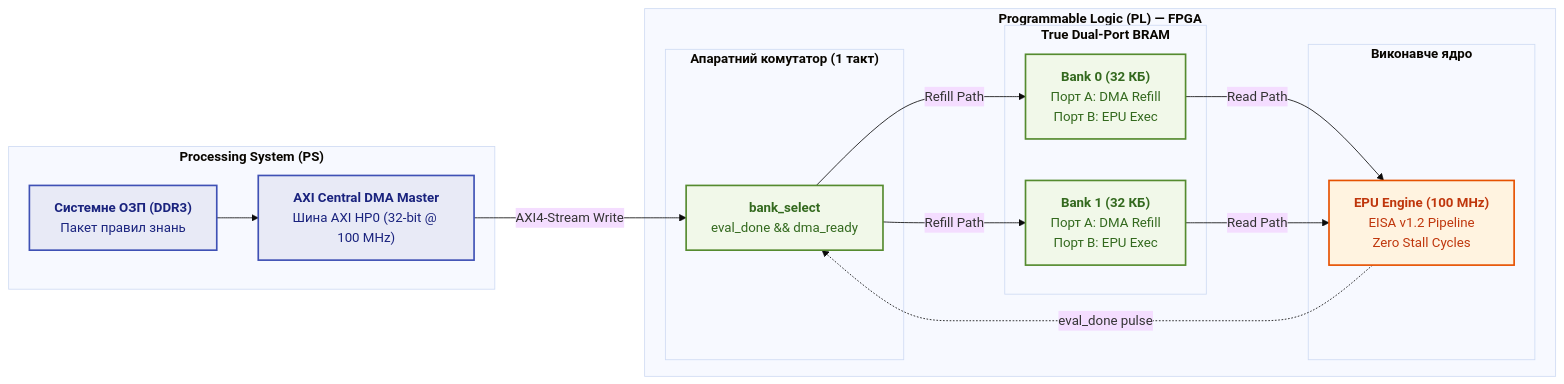
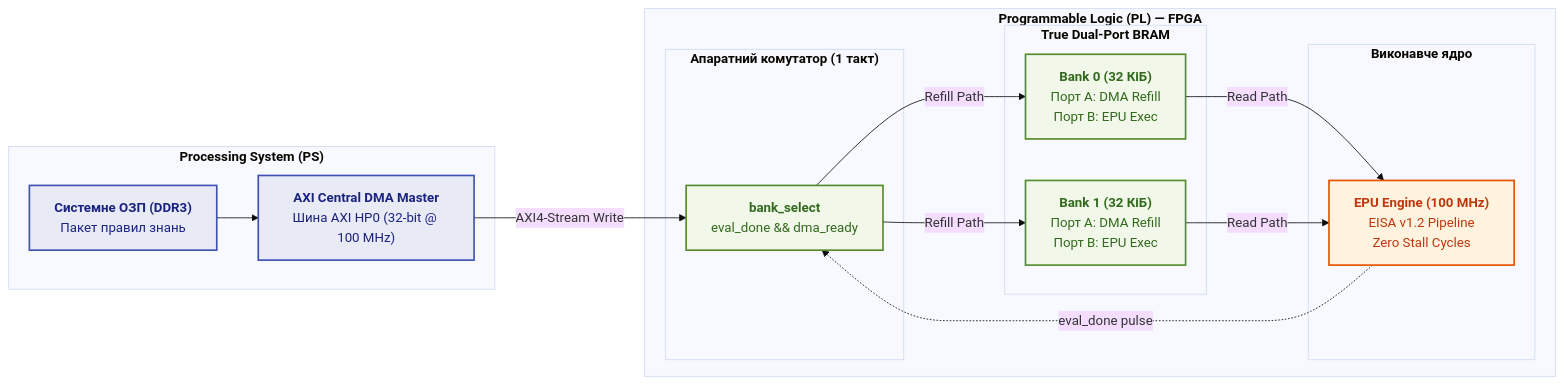
Diagram 13 of 14 in ExpertSystem/ch18-execution-infrastructure.md (nick-fedchik/articles), drawn with Mermaid (base theme) before and after one commit. The commit also changed other lines of this file and 24 other files, not shown here.

````diff
--- a/ExpertSystem/ch18-execution-infrastructure.md
+++ b/ExpertSystem/ch18-execution-infrastructure.md
@@ -1313,41 +1318,41 @@
 ```mermaid
 flowchart LR
     accTitle: Подвійна буферизація BRAM Ping-Pong на кристалі Zynq-7000
     accDescr: Архітектура апаратного перемикання банків пам'яті між контролером AXI DMA та процесором правил EPU без простою конвеєра.
 
     subgraph PS ["<b>Processing System (PS)</b>"]
         DRAM["<b>Системне ОЗП (DDR3)</b><br/>Пакет правил знань"]
         DMA["<b>AXI Central DMA Master</b><br/>Шина AXI HP0 (32-bit @ 100 MHz)"]
         DRAM --> DMA
     end
 
     subgraph PL ["<b>Programmable Logic (PL) — FPGA</b>"]
         subgraph Switch ["<b>Апаратний комутатор (1 такт)</b>"]
             SW_SEL["<b>bank_select</b><br/>eval_done && dma_ready"]
         end
 
         subgraph BRAM ["<b>True Dual-Port BRAM</b>"]
-            B0["<b>Bank 0 (32 КБ)</b><br/>Порт A: DMA Refill<br/>Порт B: EPU Exec"]
-            B1["<b>Bank 1 (32 КБ)</b><br/>Порт A: DMA Refill<br/>Порт B: EPU Exec"]
+            B0["<b>Bank 0 (32 КіБ)</b><br/>Порт A: DMA Refill<br/>Порт B: EPU Exec"]
+            B1["<b>Bank 1 (32 КіБ)</b><br/>Порт A: DMA Refill<br/>Порт B: EPU Exec"]
         end
 
         subgraph Core ["<b>Виконавче ядро</b>"]
             EPU["<b>EPU Engine (100 MHz)</b><br/>EISA v1.2 Pipeline<br/>Zero Stall Cycles"]
         end
     end
 
     DMA -->|"AXI4-Stream Write"| SW_SEL
     SW_SEL -->|"Refill Path"| B0
     SW_SEL -->|"Refill Path"| B1
     B0 -->|"Read Path"| EPU
     B1 -->|"Read Path"| EPU
     EPU -.->|"eval_done pulse"| SW_SEL
 
     classDef psBox fill:#e8eaf6,stroke:#3f51b5,stroke-width:2px,color:#1a237e;
     classDef plBox fill:#f1f8e9,stroke:#558b2f,stroke-width:2px,color:#33691e;
     classDef coreBox fill:#fff3e0,stroke:#e65100,stroke-width:2px,color:#bf360c;
 
     class DRAM,DMA psBox;
     class SW_SEL,B0,B1 plBox;
     class EPU coreBox;
 ```
````
